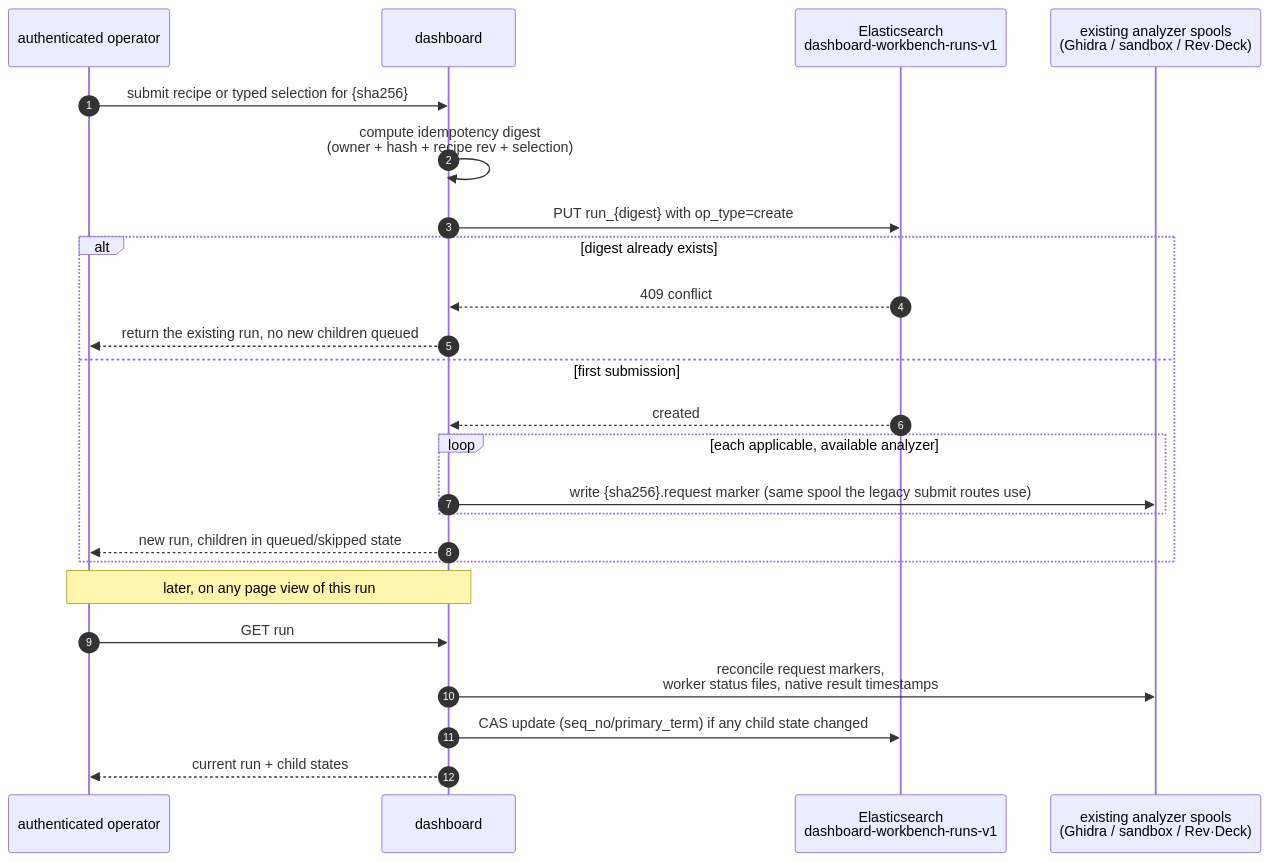
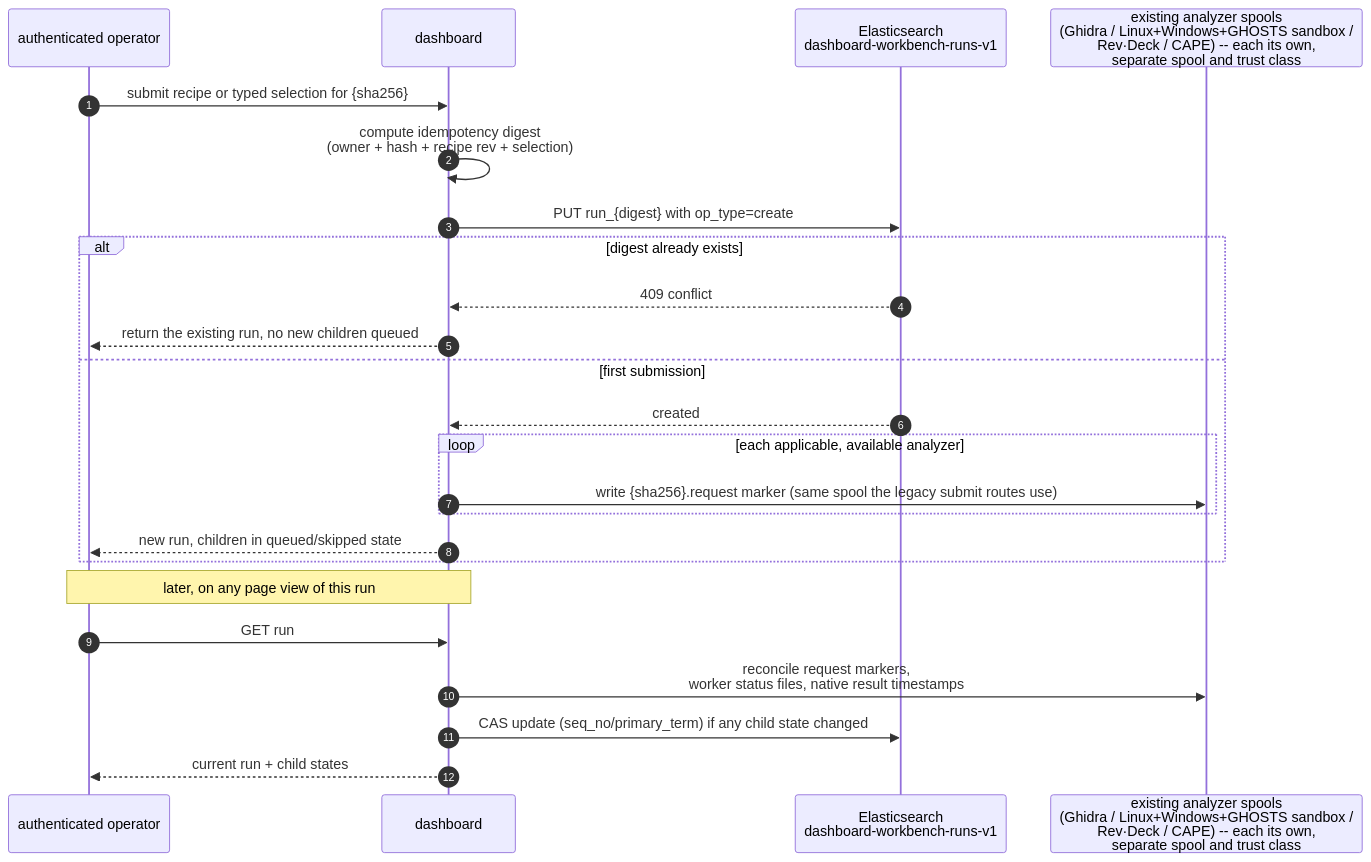
The diagram in docs/payload-analysis-workbench.md (Xore/APIARY), drawn with Mermaid before and after one commit. The commit also changed other lines of this file and 1 other file, not shown here.

First line of the commit message:
docs(workbench): synchronize analyzer registry and Mermaid flow with current routes (#965)

````diff
--- a/docs/payload-analysis-workbench.md
+++ b/docs/payload-analysis-workbench.md
@@ -35,28 +72,28 @@
 ```mermaid
 sequenceDiagram
   autonumber
   participant Op as authenticated operator
   participant DB as dashboard
   participant ES as Elasticsearch<br/>dashboard-workbench-runs-v1
-  participant Spool as existing analyzer spools<br/>(Ghidra / sandbox / Rev·Deck)
+  participant Spool as existing analyzer spools<br/>(Ghidra / Linux+Windows+GHOSTS sandbox /<br/>Rev·Deck / CAPE) -- each its own,<br/>separate spool and trust class
 
   Op->>DB: submit recipe or typed selection for {sha256}
   DB->>DB: compute idempotency digest<br/>(owner + hash + recipe rev + selection)
   DB->>ES: PUT run_{digest} with op_type=create
   alt digest already exists
     ES-->>DB: 409 conflict
     DB-->>Op: return the existing run, no new children queued
   else first submission
     ES-->>DB: created
     loop each applicable, available analyzer
       DB->>Spool: write {sha256}.request marker (same spool the legacy submit routes use)
     end
     DB-->>Op: new run, children in queued/skipped state
   end
 
   Note over Op,DB: later, on any page view of this run
   Op->>DB: GET run
   DB->>Spool: reconcile request markers,<br/>worker status files, native result timestamps
   DB->>ES: CAS update (seq_no/primary_term) if any child state changed
   DB-->>Op: current run + child states
 ```
````
